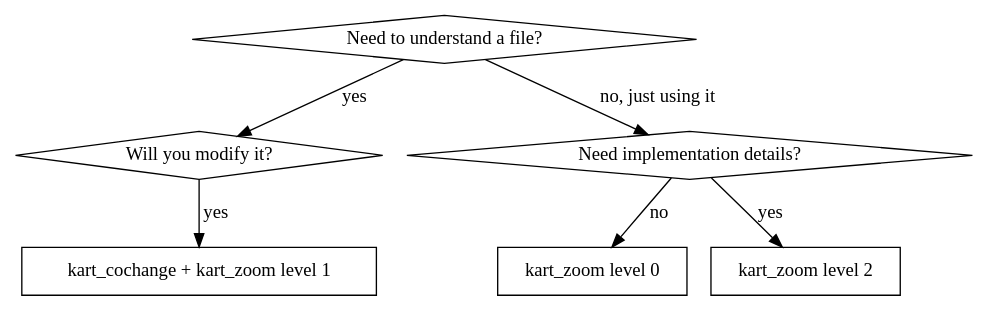
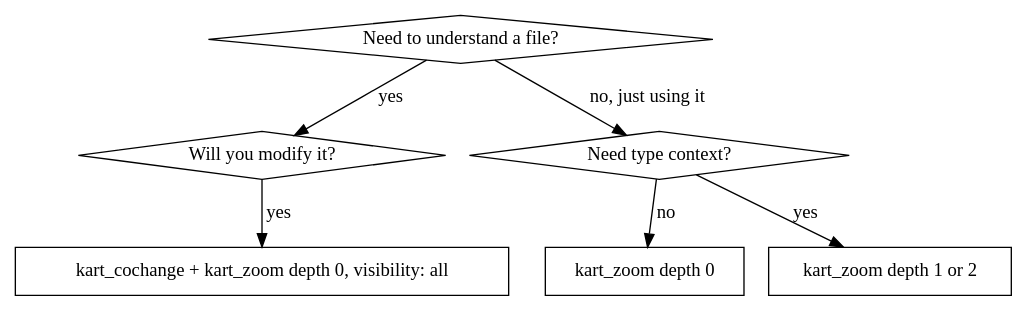
Before and after one commit to phibkro/vevx: the diagram in packages/kart/skills/zoom/SKILL.md, drawn with Graphviz. The commit also changed other lines of this file and 18 other files, not shown here.

First line of the commit message:
feat(kart): depth-based zoom API with DeclCache (#31)

````diff
--- a/packages/kart/skills/zoom/SKILL.md
+++ b/packages/kart/skills/zoom/SKILL.md
@@ -34,16 +38,16 @@
 ```dot
 digraph zoom_decision {
   "Need to understand a file?" [shape=diamond];
   "Will you modify it?" [shape=diamond];
-  "Need implementation details?" [shape=diamond];
-  "kart_zoom level 0" [shape=box];
-  "kart_cochange + kart_zoom level 1" [shape=box];
-  "kart_zoom level 2" [shape=box];
+  "Need type context?" [shape=diamond];
+  "kart_zoom depth 0" [shape=box];
+  "kart_cochange + kart_zoom depth 0, visibility: all" [shape=box];
+  "kart_zoom depth 1 or 2" [shape=box];
 
   "Need to understand a file?" -> "Will you modify it?" [label="yes"];
-  "Need to understand a file?" -> "Need implementation details?" [label="no, just using it"];
-  "Need implementation details?" -> "kart_zoom level 0" [label="no"];
-  "Need implementation details?" -> "kart_zoom level 2" [label="yes"];
-  "Will you modify it?" -> "kart_cochange + kart_zoom level 1" [label="yes"];
+  "Need to understand a file?" -> "Need type context?" [label="no, just using it"];
+  "Need type context?" -> "kart_zoom depth 0" [label="no"];
+  "Need type context?" -> "kart_zoom depth 1 or 2" [label="yes"];
+  "Will you modify it?" -> "kart_cochange + kart_zoom depth 0, visibility: all" [label="yes"];
 }
 ```
````
